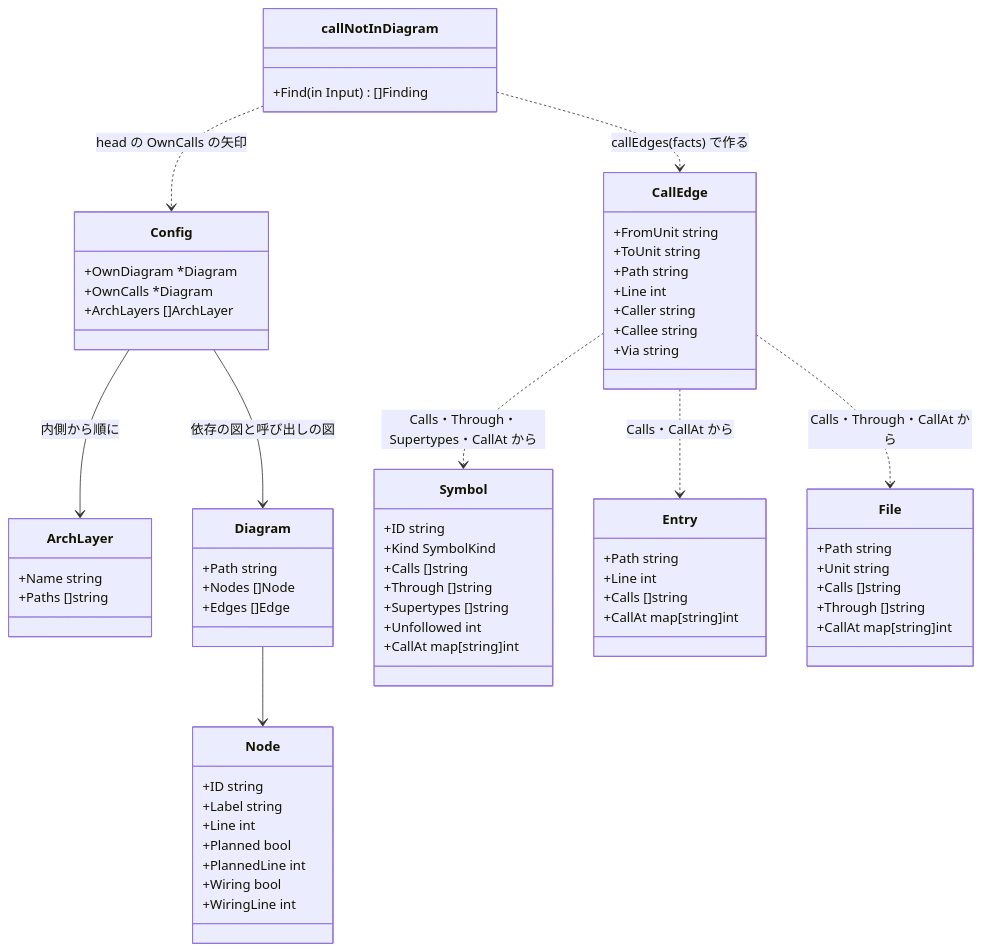
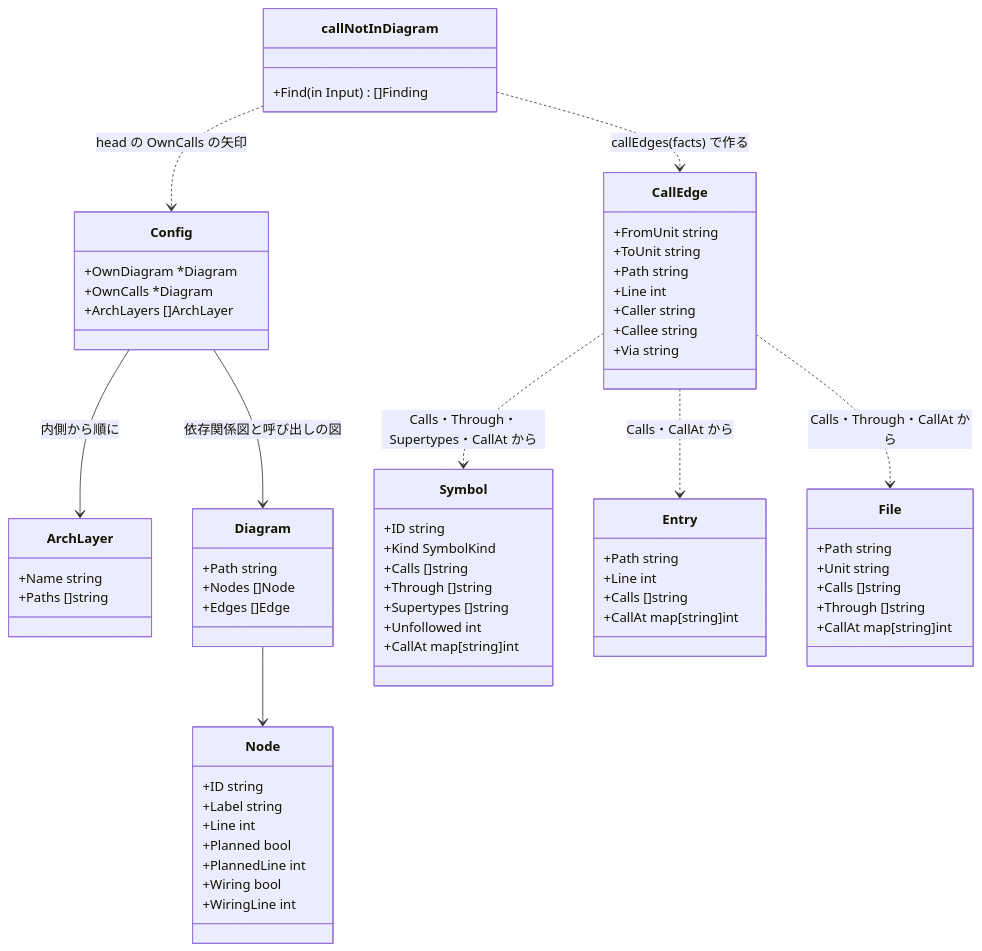
The diagram in docs/design/rules-deps.ja.md (rerorets/hadome), drawn with Mermaid before and after one commit. The commit also changed other lines of this file and 37 other files, not shown here.

````diff
--- a/docs/design/rules-deps.ja.md
+++ b/docs/design/rules-deps.ja.md
@@ -243,68 +243,68 @@
 ```mermaid
 classDiagram
   class Config {
     +OwnDiagram *Diagram
     +OwnCalls *Diagram
     +ArchLayers []ArchLayer
   }
   class ArchLayer {
     +Name string
     +Paths []string
   }
   class Diagram {
     +Path string
     +Nodes []Node
     +Edges []Edge
   }
   class Node {
     +ID string
     +Label string
     +Line int
     +Planned bool
     +PlannedLine int
     +Wiring bool
     +WiringLine int
   }
   class Symbol {
     +ID string
     +Kind SymbolKind
     +Calls []string
     +Through []string
     +Supertypes []string
     +Unfollowed int
     +CallAt map[string]int
   }
   class Entry {
     +Path string
     +Line int
     +Calls []string
     +CallAt map[string]int
   }
   class File {
     +Path string
     +Unit string
     +Calls []string
     +Through []string
     +CallAt map[string]int
   }
   class CallEdge {
     +FromUnit string
     +ToUnit string
     +Path string
     +Line int
     +Caller string
     +Callee string
     +Via string
   }
   class callNotInDiagram {
     +Find(in Input) []Finding
   }
-  Config --> Diagram : 依存の図と呼び出しの図
+  Config --> Diagram : 依存関係図と呼び出しの図
   Config --> ArchLayer : 内側から順に
   Diagram --> Node
   callNotInDiagram ..> CallEdge : callEdges(facts) で作る
   CallEdge ..> Symbol : Calls・Through・Supertypes・CallAt から
   CallEdge ..> Entry : Calls・CallAt から
   CallEdge ..> File : Calls・Through・CallAt から
   callNotInDiagram ..> Config : head の OwnCalls の矢印
 ```
````
